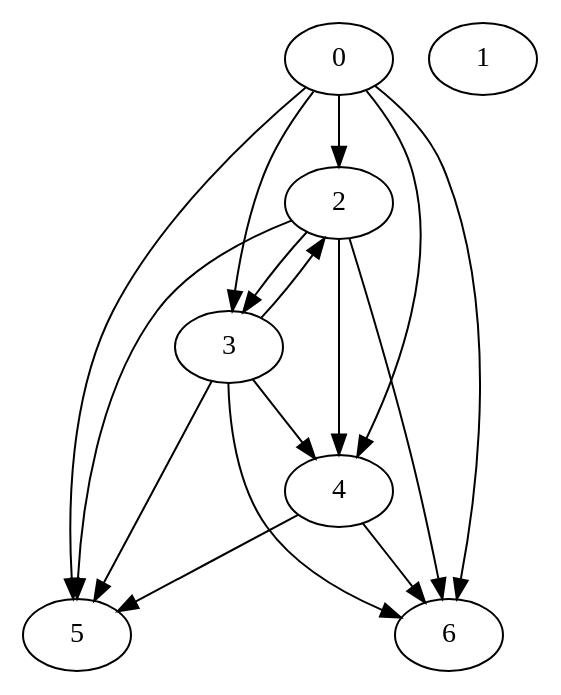
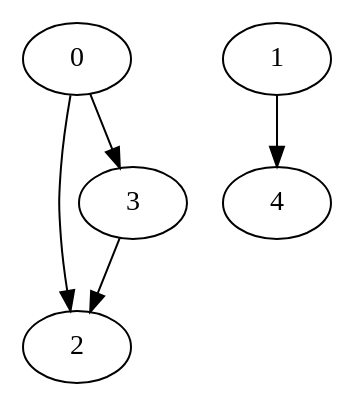
Before and after one commit to XushengLuo92/Hierarchical-LTL: the diagram in routing_graph.dot, drawn with Graphviz. The commit also changed 5 other files, not shown here.

Commit message:
fix the error in backtracking to get task sequence

```diff
--- a/routing_graph.dot
+++ b/routing_graph.dot
@@ -1,25 +1,12 @@
 strict digraph "" {
 	graph [type=routing_graph];
 	0	[location_type_component_task_element="['r1', 1, 1, -1]"];
-	2	[location_type_component_task_element="['p4', 1, 1, 'p100', 1]"];
+	2	[location_type_component_task_element="['p7', 1, 1, 'p0', 2]"];
 	0 -> 2	[weight=10];
-	3	[location_type_component_task_element="['p2', 1, 1, 'p100', 2]"];
+	3	[location_type_component_task_element="['p4', 1, 1, 'p100', 2]"];
 	0 -> 3	[weight=10];
-	4	[location_type_component_task_element="['p3', 1, 1, 'p200', 1]"];
-	0 -> 4	[weight=10];
-	5	[location_type_component_task_element="['p5', 1, 1, 'p200', 2]"];
-	0 -> 5	[weight=10];
-	6	[location_type_component_task_element="['p1', 1, 1, 'p200', 2]"];
-	0 -> 6	[weight=10];
 	1	[location_type_component_task_element="['r2', 2, 1, -1]"];
-	2 -> 3	[weight=1];
-	2 -> 4	[weight=10];
-	2 -> 5	[weight=10];
-	2 -> 6	[weight=10];
-	3 -> 2	[weight=1];
-	3 -> 4	[weight=10];
-	3 -> 5	[weight=10];
-	3 -> 6	[weight=10];
-	4 -> 5	[weight=1];
-	4 -> 6	[weight=1];
+	4	[location_type_component_task_element="['p3', 2, 1, 'p200', 1]"];
+	1 -> 4	[weight=10];
+	3 -> 2	[weight=10];
 }
```
